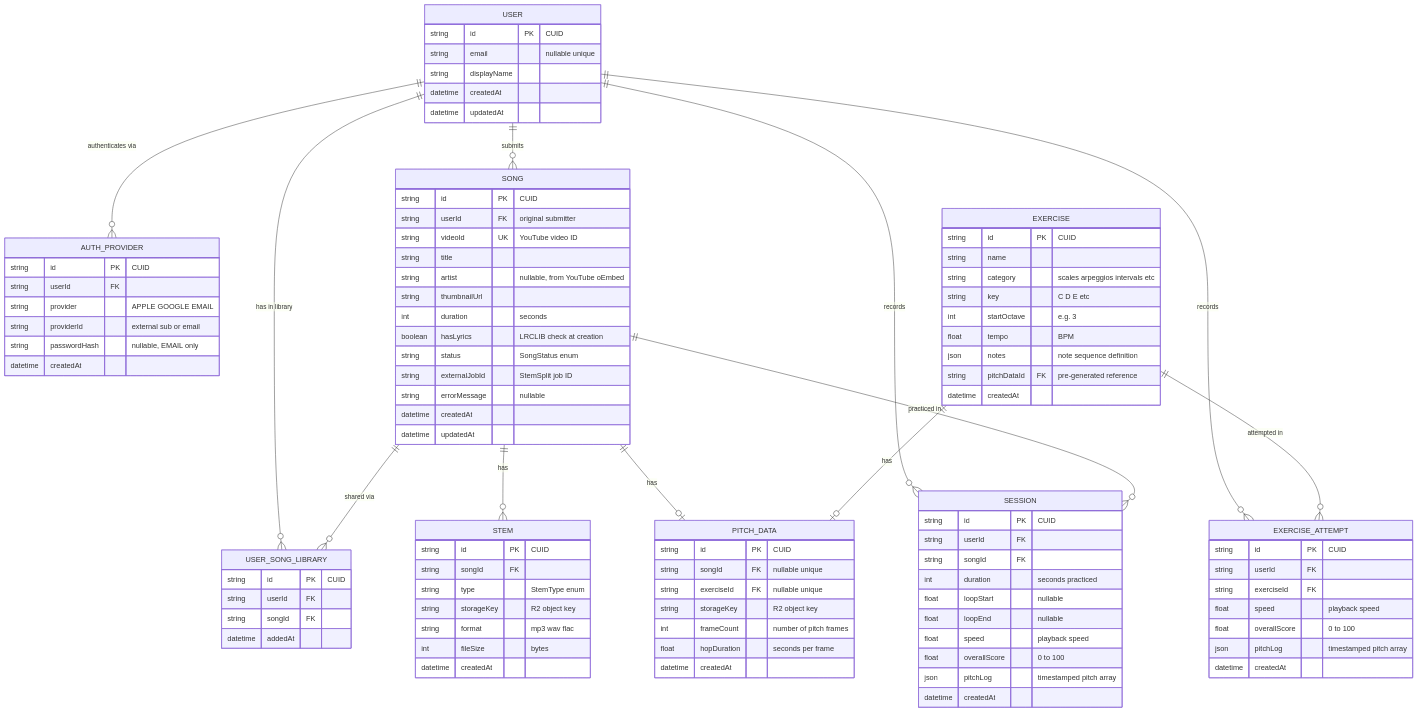
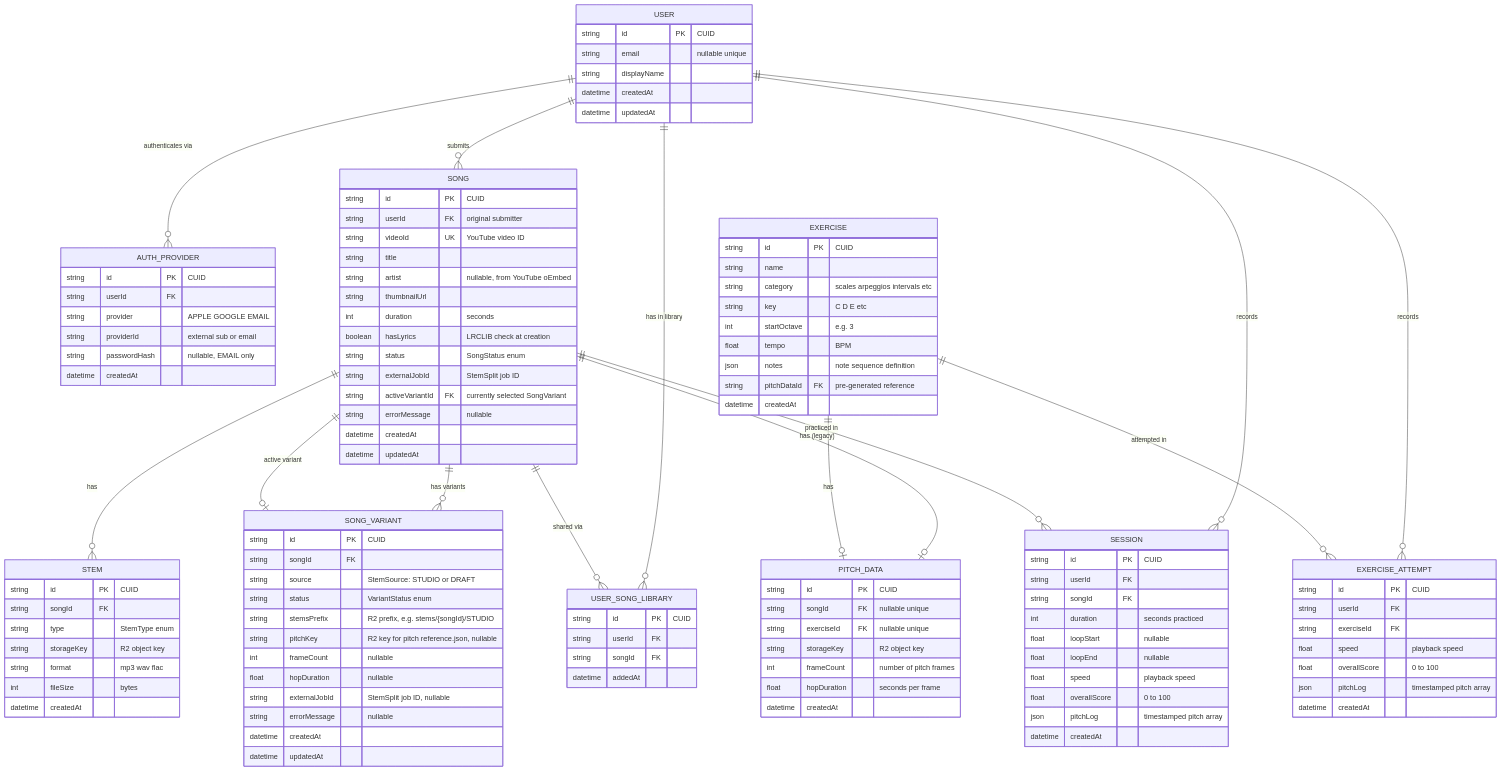
Before and after one commit to pawelgawliczek/intonavio: the diagram in docs/04-data-models.md, drawn with Mermaid. The commit also changed other lines of this file and 10 other files, not shown here.

Commit message:
Document dual Studio/Draft stem-source variants across docs

```diff
--- a/docs/04-data-models.md
+++ b/docs/04-data-models.md
@@ -10,7 +10,9 @@
     SONG ||--o{ USER_SONG_LIBRARY : "shared via"
     USER ||--o{ SESSION : "records"
     SONG ||--o{ STEM : "has"
-    SONG ||--o| PITCH_DATA : "has"
+    SONG ||--o| PITCH_DATA : "has (legacy)"
+    SONG ||--o{ SONG_VARIANT : "has variants"
+    SONG ||--o| SONG_VARIANT : "active variant"
     SONG ||--o{ SESSION : "practiced in"
     USER ||--o{ EXERCISE_ATTEMPT : "records"
     EXERCISE ||--o{ EXERCISE_ATTEMPT : "attempted in"
@@ -73,6 +75,22 @@
         boolean hasLyrics "LRCLIB check at creation"
         string status "SongStatus enum"
         string externalJobId "StemSplit job ID"
+        string activeVariantId FK "currently selected SongVariant"
+        string errorMessage "nullable"
+        datetime createdAt
+        datetime updatedAt
+    }
+
+    SONG_VARIANT {
+        string id PK "CUID"
+        string songId FK
+        string source "StemSource: STUDIO or DRAFT"
+        string status "VariantStatus enum"
+        string stemsPrefix "R2 prefix, e.g. stems/{songId}/STUDIO"
+        string pitchKey "R2 key for pitch reference.json, nullable"
+        int frameCount "nullable"
+        float hopDuration "nullable"
+        string externalJobId "StemSplit job ID, nullable"
         string errorMessage "nullable"
         datetime createdAt
         datetime updatedAt
```
